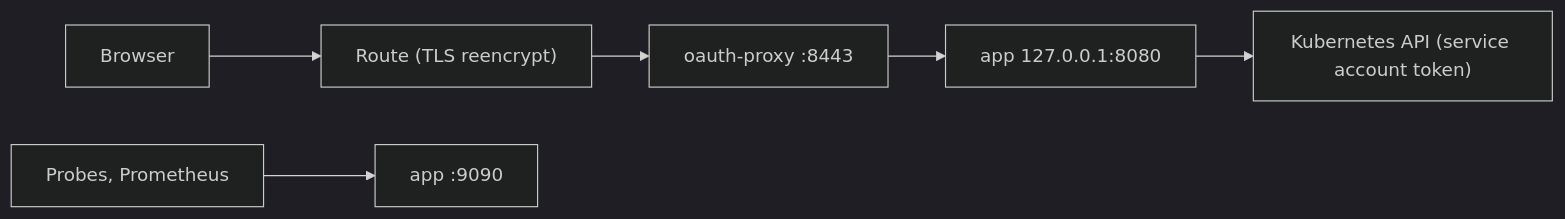
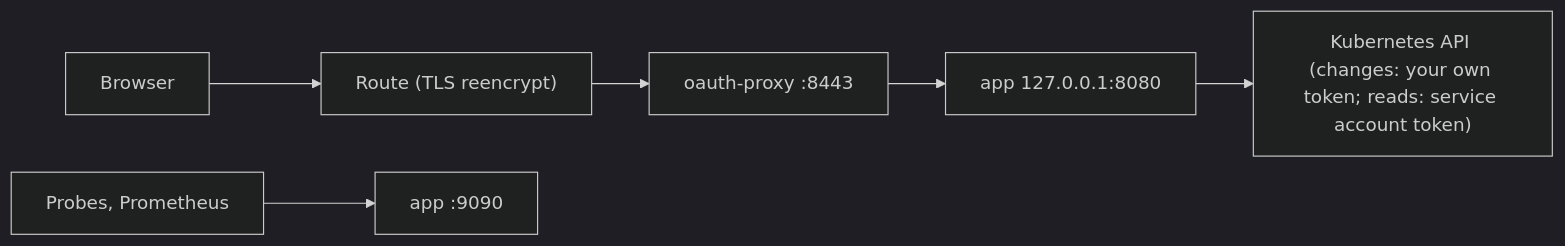
One commit to DaoDaoNoCode/rhoai-nightly-updater changed the diagram in README.md. Above: the diagram before and after it, drawn with Mermaid (dark theme). The commit also changed other lines of this file and 10 other files, not shown here.

````diff
--- a/README.md
+++ b/README.md
@@ -381,8 +381,8 @@
 ```mermaid
 flowchart LR
   B["Browser"] --> R["Route (TLS reencrypt)"]
   R --> P["oauth-proxy :8443"]
   P --> A["app 127.0.0.1:8080"]
-  A --> K["Kubernetes API (service account token)"]
+  A --> K["Kubernetes API (changes: your own token; reads: service account token)"]
   M["Probes, Prometheus"] --> A2["app :9090"]
 ```
````
